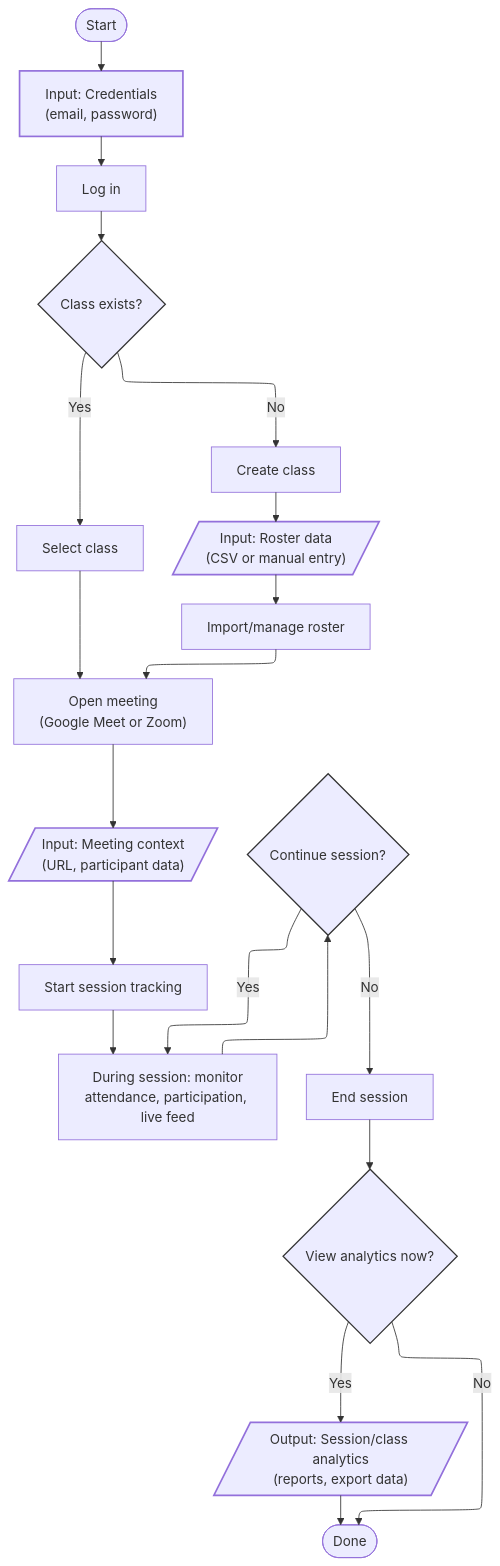
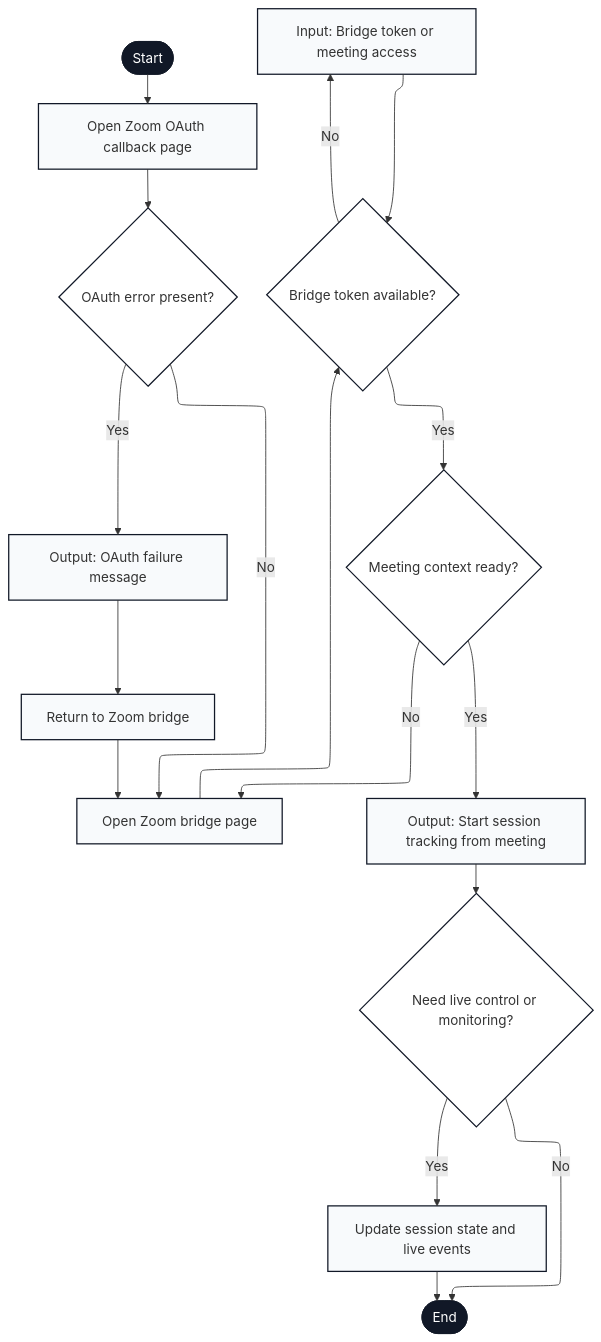
Before and after one commit to Rich-SCC/engagium_v0.2: diagram 12 of 17 in __documentation/_for thesis/appendix/appendices_diagrams_mermaid.md, drawn with Mermaid. The commit also changed other lines of this file and 13 other files, not shown here.

Commit message:
v1.15.2 diagrams docs fix

````diff
--- a/__documentation/_for thesis/appendix/appendices_diagrams_mermaid.md
+++ b/__documentation/_for thesis/appendix/appendices_diagrams_mermaid.md
@@ -105,37 +739,37 @@
 ```mermaid
 ---
 config:
   layout: elk
 ---
 flowchart TB
-    Start(["Start"]) --> InputCreds["Input: Credentials<br>(email, password)"]
-    InputCreds --> Login["Log in"]
-    Login --> SelectOrCreate{"Class exists?"}
-    SelectOrCreate -- Yes --> SelectClass["Select class"]
-    SelectOrCreate -- No --> CreateClass["Create class"]
-    CreateClass --> InputRoster["Input: Roster data<br>(CSV or manual entry)"]
-    InputRoster --> ImportRoster["Import/manage roster"]
-    SelectClass --> OpenMeeting["Open meeting<br>(Google Meet or Zoom)"]
-    ImportRoster --> OpenMeeting
-    OpenMeeting --> InputMeeting["Input: Meeting context<br>(URL, participant data)"]
-    InputMeeting --> StartTracking["Start session tracking"]
-    StartTracking --> DuringSession["During session: monitor<br>attendance, participation, live feed"]
-    DuringSession --> ContinueTracking{"Continue session?"}
-    ContinueTracking -- Yes --> DuringSession
-    ContinueTracking -- No --> EndSession["End session"]
-    EndSession --> ViewAnalytics{"View analytics now?"}
-    ViewAnalytics -- Yes --> OutputAnalytics["Output: Session/class analytics<br>(reports, export data)"]
-    ViewAnalytics -- No --> Done(["Done"])
-    OutputAnalytics --> Done
+    Start(["Start"]) --> OAuthCallback["Open Zoom OAuth callback page"]
+    OAuthCallback --> OAuthError{"OAuth error present?"}
 
-    InputRoster@{ shape: lean-r}
-    InputMeeting@{ shape: lean-r}
-    OutputAnalytics@{ shape: lean-r}
-    style InputCreds stroke-width:2px
-    style SelectOrCreate stroke:#333,stroke-width:1.5px
-    style InputRoster stroke-width:2px
-    style InputMeeting stroke-width:2px
-    style ContinueTracking stroke:#333,stroke-width:1.5px
-    style ViewAnalytics stroke:#333,stroke-width:1.5px
-    style OutputAnalytics stroke-width:2px
+    OAuthError -- Yes --> ErrorPage["Output: OAuth failure message"]
+    ErrorPage --> BackToBridge["Return to Zoom bridge"]
+
+    OAuthError -- No --> BridgePage["Open Zoom bridge page"]
+    BridgePage --> TokenReady{"Bridge token available?"}
+
+    TokenReady -- No --> TokenPrompt["Input: Bridge token or meeting access"]
+    TokenPrompt --> TokenReady
+
+    TokenReady -- Yes --> ContextReady{"Meeting context ready?"}
+    ContextReady -- Yes --> StartTracking["Output: Start session tracking from meeting"]
+    ContextReady -- No --> BridgePage
+
+    StartTracking --> NeedLiveControl{"Need live control or monitoring?"}
+    NeedLiveControl -- Yes --> LiveActions["Update session state and live events"]
+    NeedLiveControl -- No --> End(["End"])
+
+    LiveActions --> End
+    BackToBridge --> BridgePage
+
+    classDef io fill:#f8fafc,stroke:#111827,stroke-width:1.5px;
+    classDef decision fill:#ffffff,stroke:#111827,stroke-width:1.5px;
+    classDef terminal fill:#111827,stroke:#111827,color:#ffffff;
+
+    class OAuthCallback,ErrorPage,BackToBridge,BridgePage,TokenPrompt,StartTracking,LiveActions io;
+    class OAuthError,TokenReady,ContextReady,NeedLiveControl decision;
+    class Start,End terminal;
 ```
````
